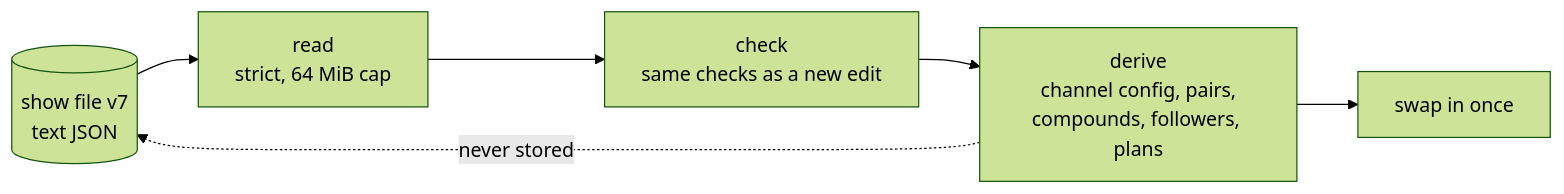
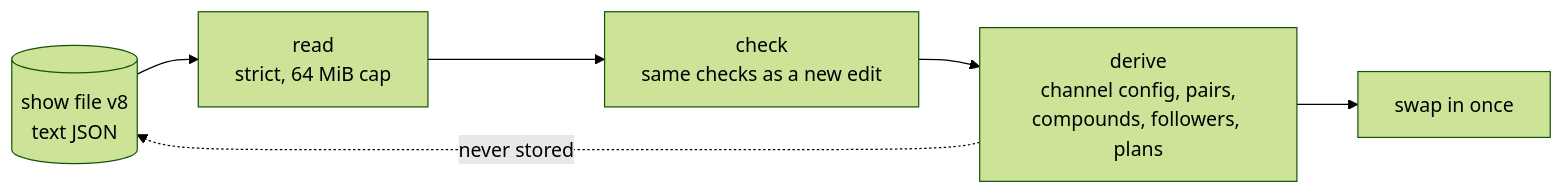
One commit to abossard/bossylights changed the diagram in docs/design/show-file-format.md. Above: the diagram before and after it, drawn with Mermaid (forest theme). The commit also changed other lines of this file and 29 other files, not shown here.

````diff
--- a/docs/design/show-file-format.md
+++ b/docs/design/show-file-format.md
@@ -5,5 +7,5 @@
 ```mermaid
 flowchart LR
-  F[("show file v7<br/>text JSON")] --> R["read<br/>strict, 64 MiB cap"] --> C["check<br/>same checks as a new edit"] --> D["derive<br/>channel config, pairs,<br/>compounds, followers, plans"] --> S["swap in once"]
+  F[("show file v8<br/>text JSON")] --> R["read<br/>strict, 64 MiB cap"] --> C["check<br/>same checks as a new edit"] --> D["derive<br/>channel config, pairs,<br/>compounds, followers, plans"] --> S["swap in once"]
   D -. "never stored" .-> F
 ```
````
